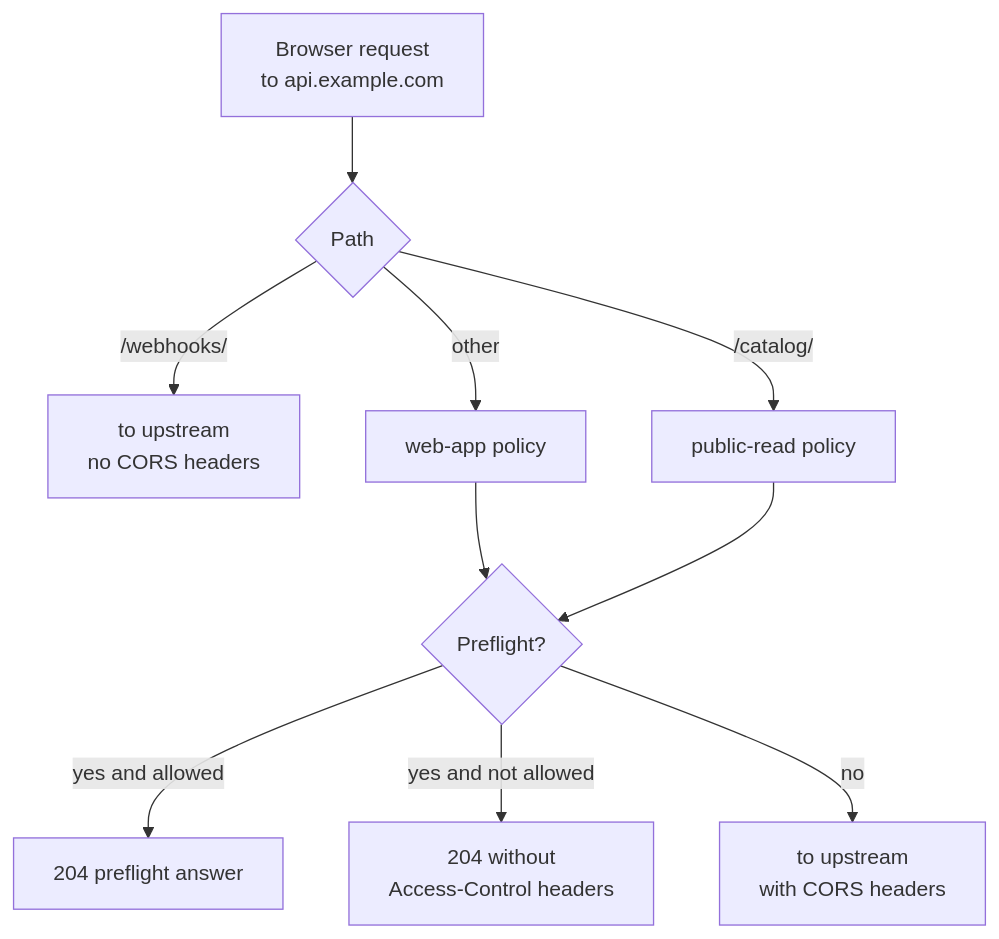
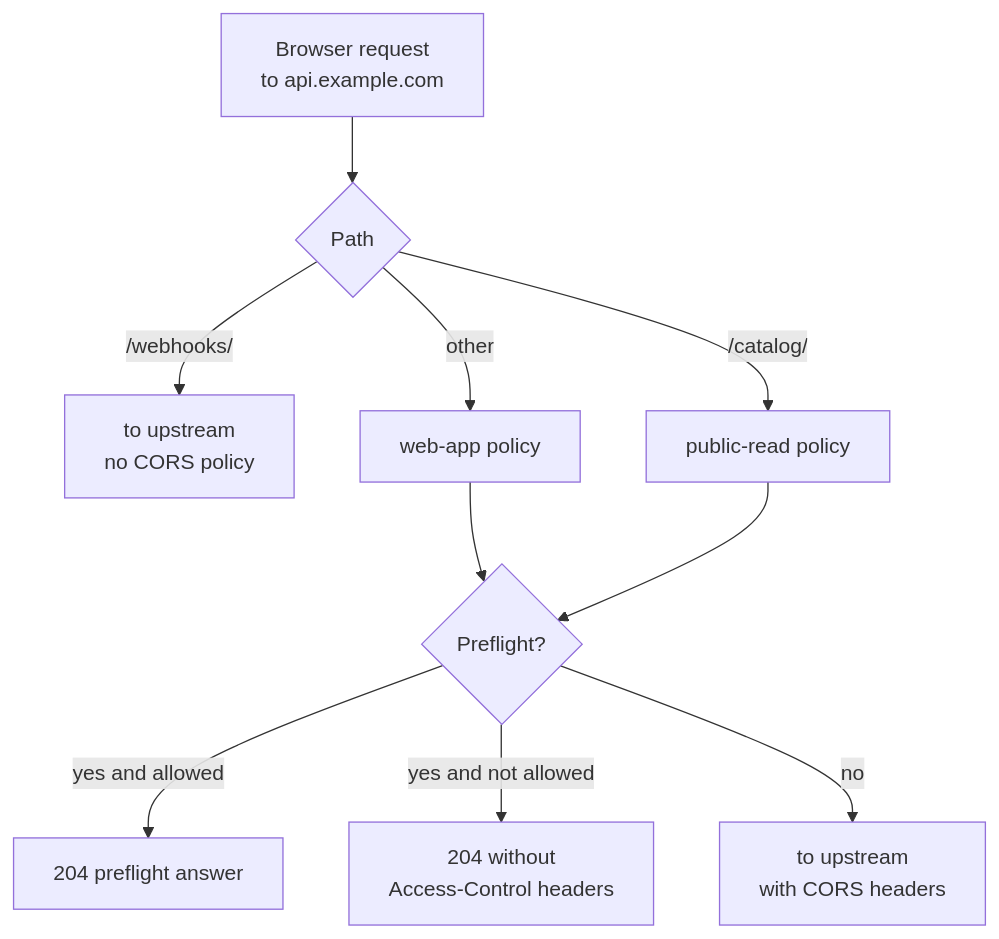
The first of 4 diagrams in docs/use/cases/browsers.md (chrisleekr/edge-proxy), drawn with Mermaid before and after one commit. The commit also changed other lines of this file and 8 other files, not shown here.

````diff
--- a/docs/use/cases/browsers.md
+++ b/docs/use/cases/browsers.md
@@ -11,12 +11,12 @@
 ```mermaid
 flowchart TD
   req["Browser request<br/>to api.example.com"] --> path{"Path"}
-  path -->|/webhooks/| upst["to upstream<br/>no CORS headers"]
+  path -->|/webhooks/| upst["to upstream<br/>no CORS policy"]
   path -->|/catalog/| pub["public-read policy"]
   path -->|other| web["web-app policy"]
   web --> pre{"Preflight?"}
   pub --> pre
   pre -->|yes and allowed| r204["204 preflight answer"]
   pre -->|yes and not allowed| r204b["204 without<br/>Access-Control headers"]
   pre -->|no| up2["to upstream<br/>with CORS headers"]
 ```
````
